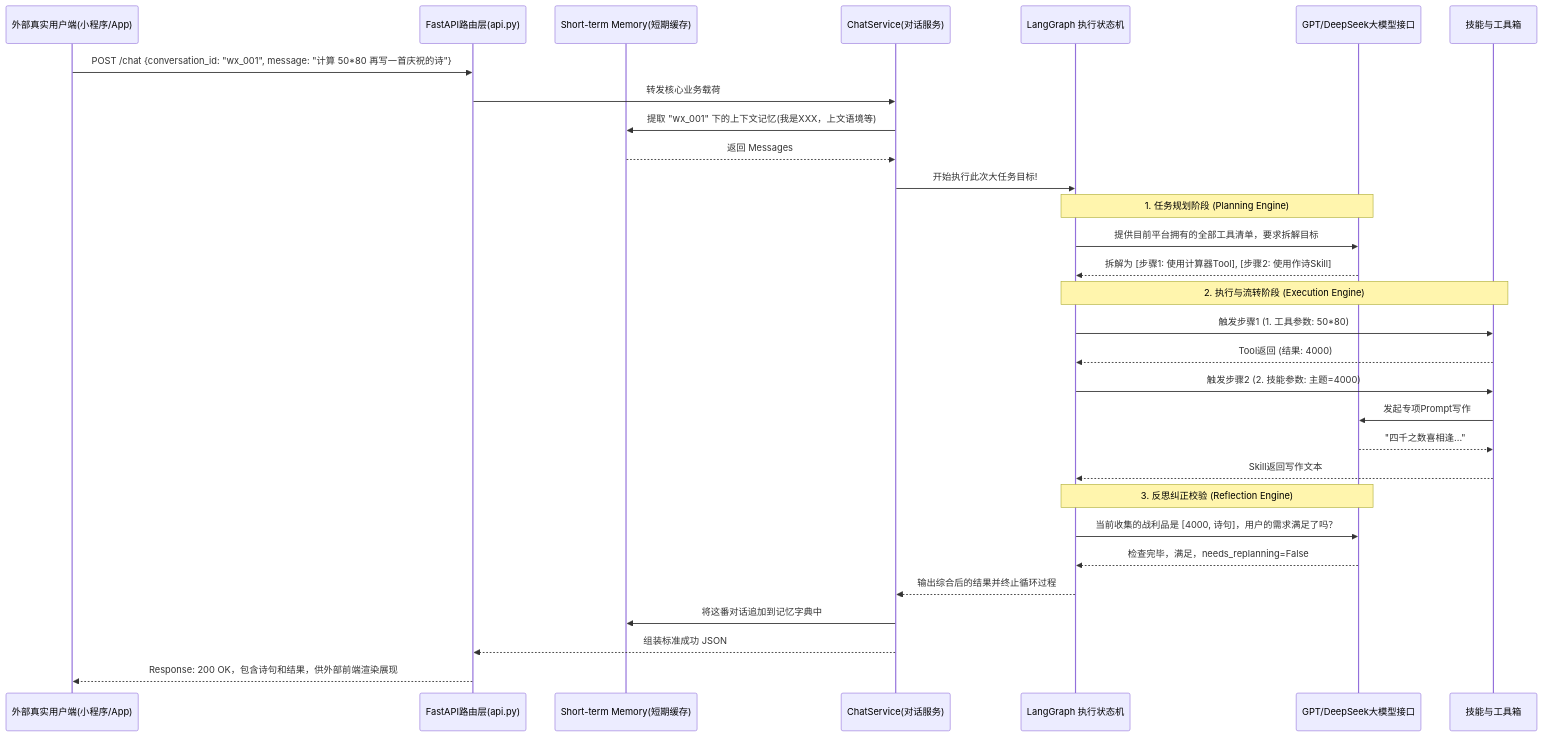
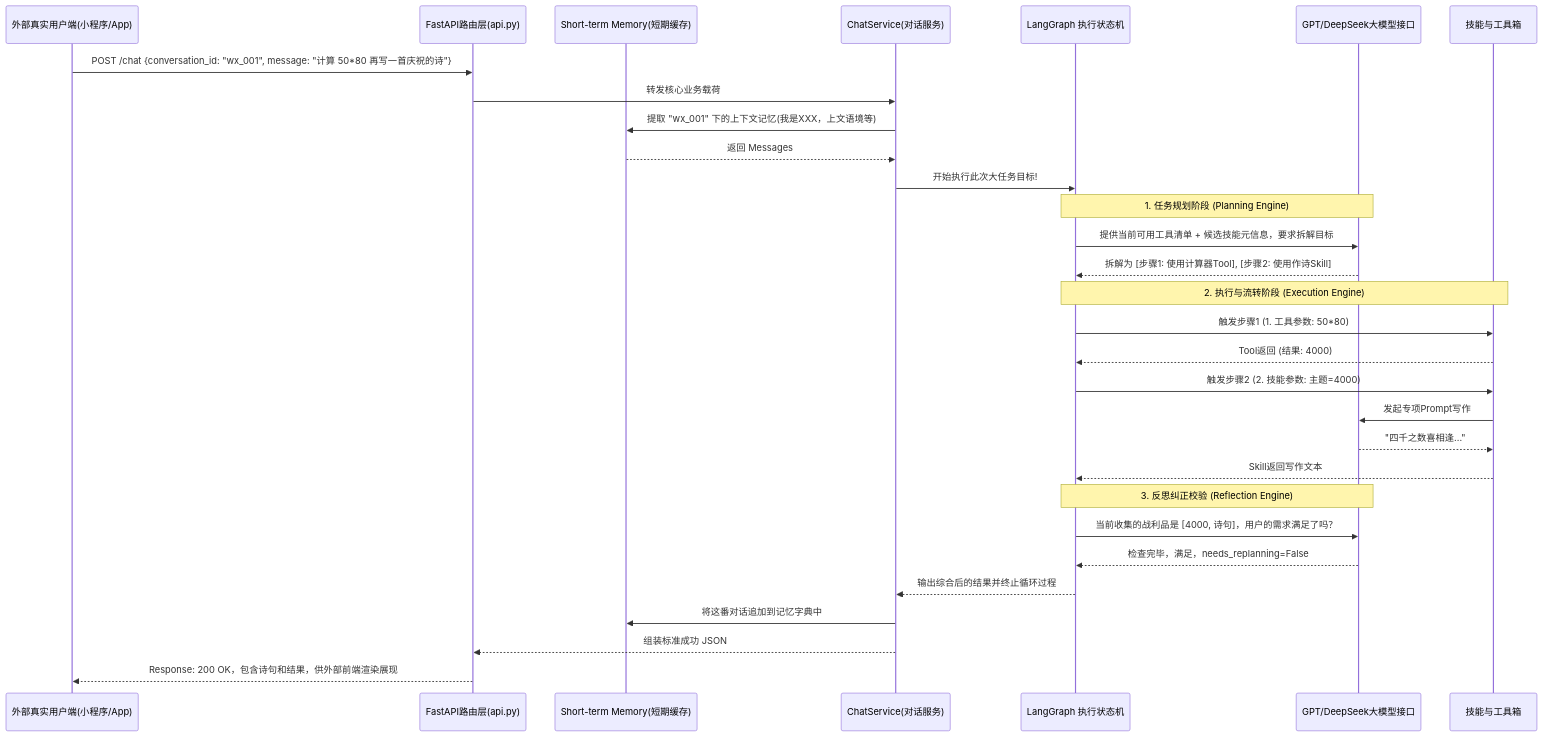
Before and after one commit to HokageYeah/ai-agent: the third of 4 diagrams in README.md, drawn with Mermaid. The commit also changed other lines of this file and 39 other files, not shown here.

````diff
--- a/README.md
+++ b/README.md
@@ -257,38 +270,38 @@
 ```mermaid
 sequenceDiagram
     participant AppClient as 外部真实用户端(小程序/App)
     participant FastAPI as FastAPI路由层(api.py)
     participant Memory as Short-term Memory(短期缓存)
     participant ChatSvc as ChatService(对话服务)
     participant Engine as LangGraph 执行状态机
     participant LLM as GPT/DeepSeek大模型接口
     participant Tools as 技能与工具箱
 
     AppClient->>FastAPI: POST /chat {conversation_id: "wx_001", message: "计算 50*80 再写一首庆祝的诗"}
     FastAPI->>ChatSvc: 转发核心业务载荷
     ChatSvc->>Memory: 提取 "wx_001" 下的上下文记忆(我是XXX，上文语境等)
     Memory-->>ChatSvc: 返回 Messages
     
     ChatSvc->>Engine: 开始执行此次大任务目标!
     
     Note over Engine, LLM: 1. 任务规划阶段 (Planning Engine)
-    Engine->>LLM: 提供目前平台拥有的全部工具清单，要求拆解目标
+    Engine->>LLM: 提供当前可用工具清单 + 候选技能元信息，要求拆解目标
     LLM-->>Engine: 拆解为 [步骤1: 使用计算器Tool], [步骤2: 使用作诗Skill]
     
     Note over Engine, Tools: 2. 执行与流转阶段 (Execution Engine)
     Engine->>Tools: 触发步骤1 (1. 工具参数: 50*80)
     Tools-->>Engine: Tool返回 (结果: 4000)
     Engine->>Tools: 触发步骤2 (2. 技能参数: 主题=4000)
     Tools->>LLM: 发起专项Prompt写作
     LLM-->>Tools: "四千之数喜相逢..."
     Tools-->>Engine: Skill返回写作文本
     
     Note over Engine, LLM: 3. 反思纠正校验 (Reflection Engine)
     Engine->>LLM: 当前收集的战利品是 [4000, 诗句]，用户的需求满足了吗？
     LLM-->>Engine: 检查完毕，满足，needs_replanning=False 
     
     Engine-->>ChatSvc: 输出综合后的结果并终止循环过程
     ChatSvc->>Memory: 将这番对话追加到记忆字典中
     ChatSvc-->>FastAPI: 组装标准成功 JSON
     FastAPI-->>AppClient: Response: 200 OK，包含诗句和结果，供外部前端渲染展现
 ```
````
